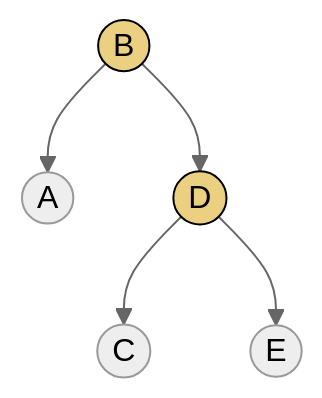
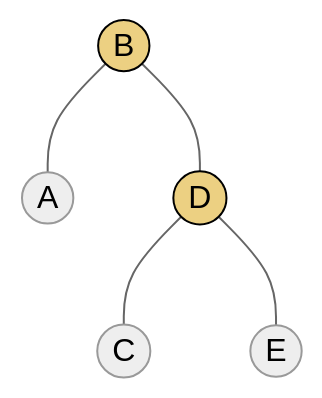
Before and after one commit to ruslylove/datastruct: the fifth of 9 diagrams in lectures/lect-9-Trees.md, drawn with Mermaid (neutral theme). The commit also changed other lines of this file and 19 other files, not shown here.

````diff
--- a/lectures/lect-9-Trees.md
+++ b/lectures/lect-9-Trees.md
@@ -360,11 +399,11 @@
 ```mermaid
 graph TD
-    B((B)) --> A((A))
-    B --> D((D))
-    D --> C((C))
-    D --> E((E))
+    B((B)) --- A((A))
+    B --- D((D))
+    D --- C((C))
+    D --- E((E))
 
     style B fill:#ecd082,stroke:black;
     style D fill:#ecd082,stroke:black;
 
 ```
````
